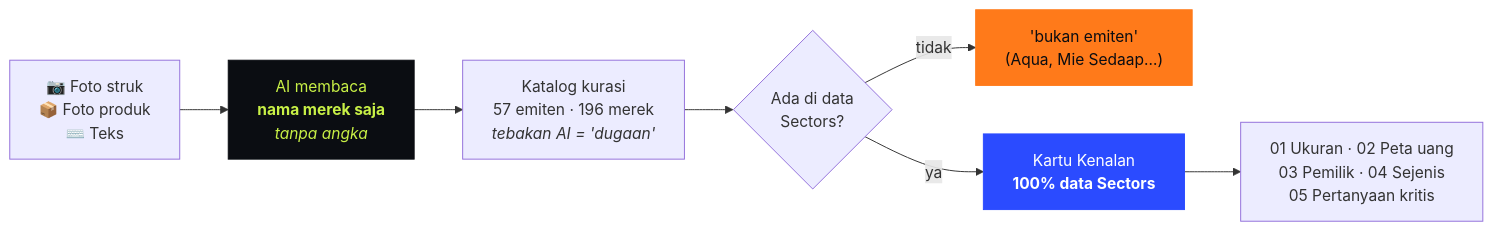
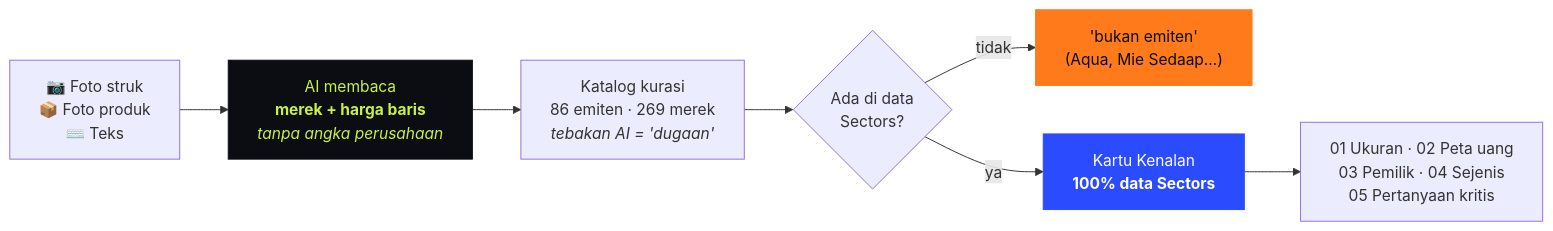
Before and after one commit to chukbert/sectors-hackathon-2026: the diagram in README.md, drawn with Mermaid. The commit also changed other lines of this file and 193 other files, not shown here.

First line of the commit message:
Aliran uang belanja + katalog 86 emiten + eval held-out B + segmen 219 emiten

````diff
--- a/README.md
+++ b/README.md
@@ -91,12 +104,12 @@
 ```mermaid
 flowchart LR
-    A["📷 Foto struk<br>📦 Foto produk<br>⌨️ Teks"] --> B["AI membaca<br><b>nama merek saja</b><br><i>tanpa angka</i>"]
-    B --> C["Katalog kurasi<br>57 emiten · 196 merek<br><i>tebakan AI = 'dugaan'</i>"]
+    A["📷 Foto struk<br>📦 Foto produk<br>⌨️ Teks"] --> B["AI membaca<br><b>merek + harga baris</b><br><i>tanpa angka perusahaan</i>"]
+    B --> C["Katalog kurasi<br>86 emiten · 269 merek<br><i>tebakan AI = 'dugaan'</i>"]
     C --> D{"Ada di data<br>Sectors?"}
     D -- tidak --> E["'bukan emiten'<br>(Aqua, Mie Sedaap…)"]
     D -- ya --> F["Kartu Kenalan<br><b>100% data Sectors</b>"]
     F --> G["01 Ukuran · 02 Peta uang<br>03 Pemilik · 04 Sejenis<br>05 Pertanyaan kritis"]
     style B fill:#0b0d12,color:#c8f046,stroke:#0b0d12
     style F fill:#2b4bff,color:#fff,stroke:#2b4bff
     style E fill:#ff7a1a,color:#0b0d12,stroke:#ff7a1a
 ```
````
